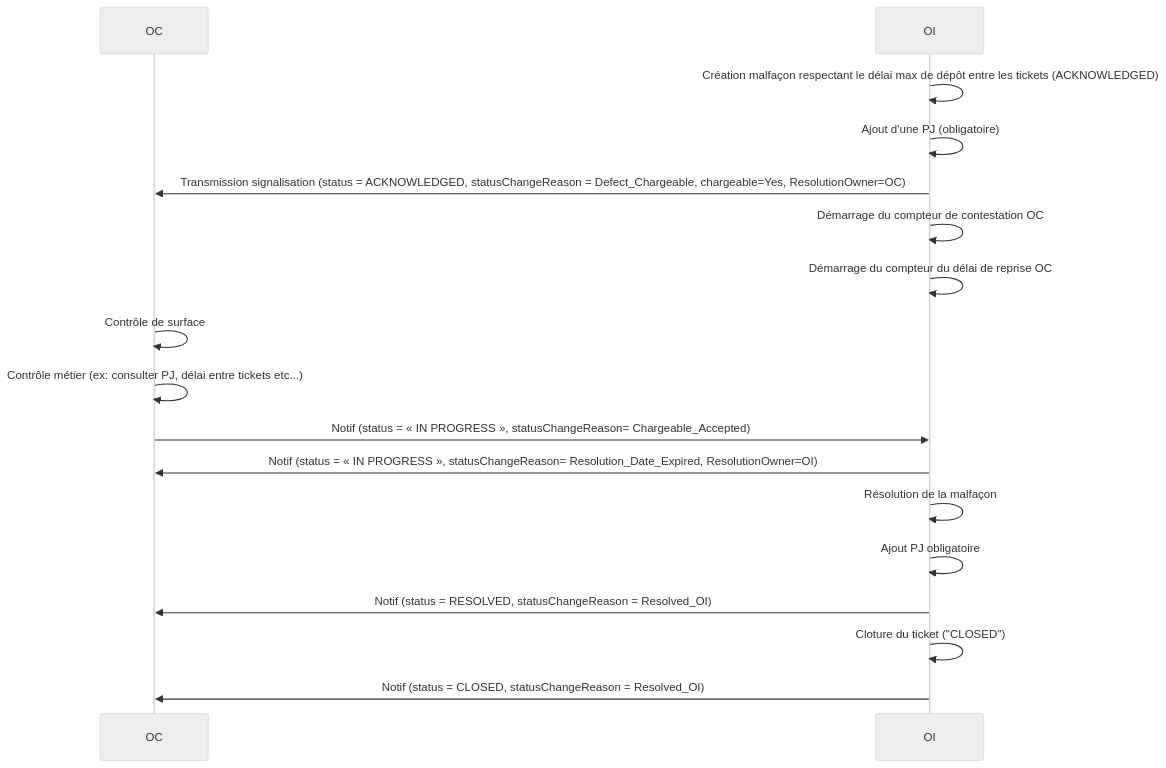
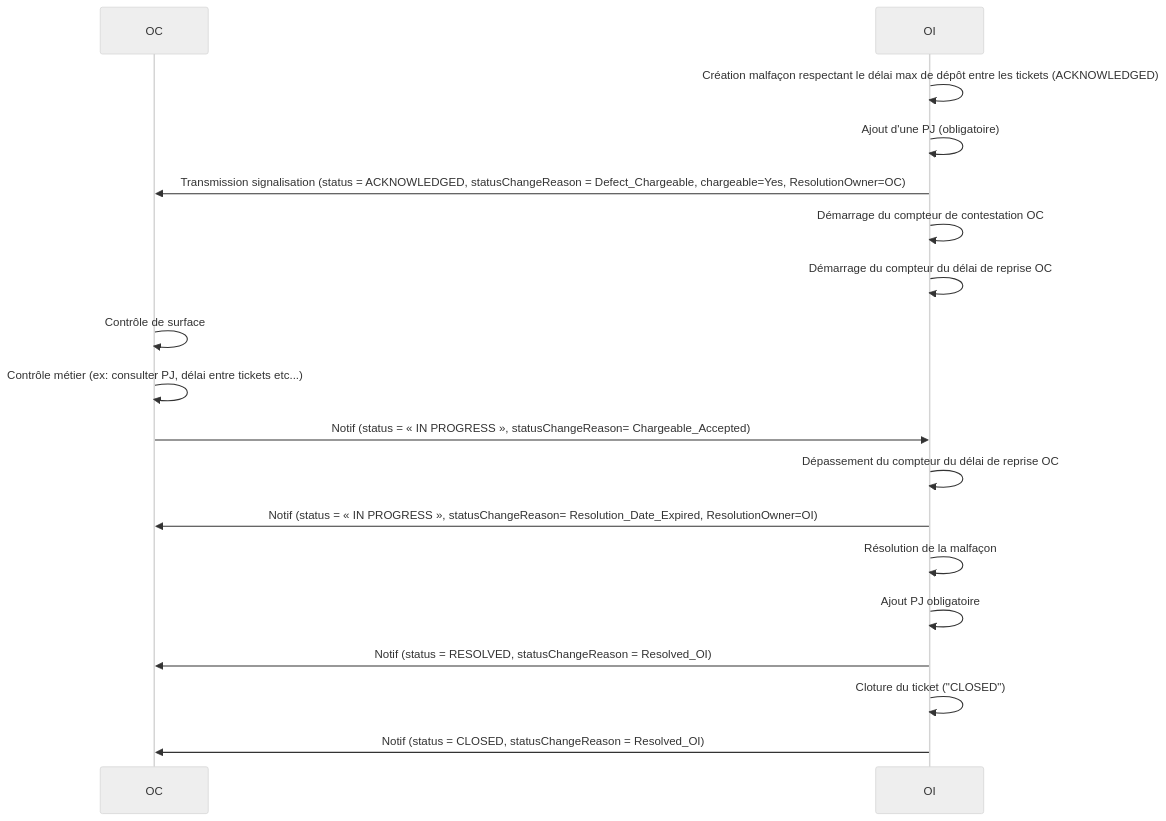
The fifth of 14 diagrams in README.md (before-interop/malfacon), drawn with Mermaid (neutral theme) before and after one commit. The commit also changed other lines of this file and 2 other files, not shown here.

````diff
--- a/README.md
+++ b/README.md
@@ -360,21 +388,22 @@
 ```mermaid
 sequenceDiagram
 
   participant OC
   participant OI
 
   OI->>OI: Création malfaçon respectant le délai max de dépôt entre les tickets (ACKNOWLEDGED)
   OI->>OI: Ajout d'une PJ (obligatoire)
   OI->>OC: Transmission signalisation (status = ACKNOWLEDGED, statusChangeReason = Defect_Chargeable, chargeable=Yes, ResolutionOwner=OC)
   OI->>OI: Démarrage du compteur de contestation OC
   OI->>OI: Démarrage du compteur du délai de reprise OC
   OC->>OC: Contrôle de surface
   OC->>OC: Contrôle métier (ex: consulter PJ, délai entre tickets etc...)
   OC->>OI: Notif (status = « IN PROGRESS », statusChangeReason= Chargeable_Accepted)
+  OI->>OI: Dépassement du compteur du délai de reprise OC
   OI->>OC: Notif (status = « IN PROGRESS », statusChangeReason= Resolution_Date_Expired, ResolutionOwner=OI)
   OI->>OI: Résolution de la malfaçon
   OI->>OI: Ajout PJ obligatoire
   OI->>OC: Notif (status = RESOLVED, statusChangeReason = Resolved_OI)
   OI->>OI: Cloture du ticket ("CLOSED")
   OI->>OC: Notif (status = CLOSED, statusChangeReason = Resolved_OI)
 ```
````
